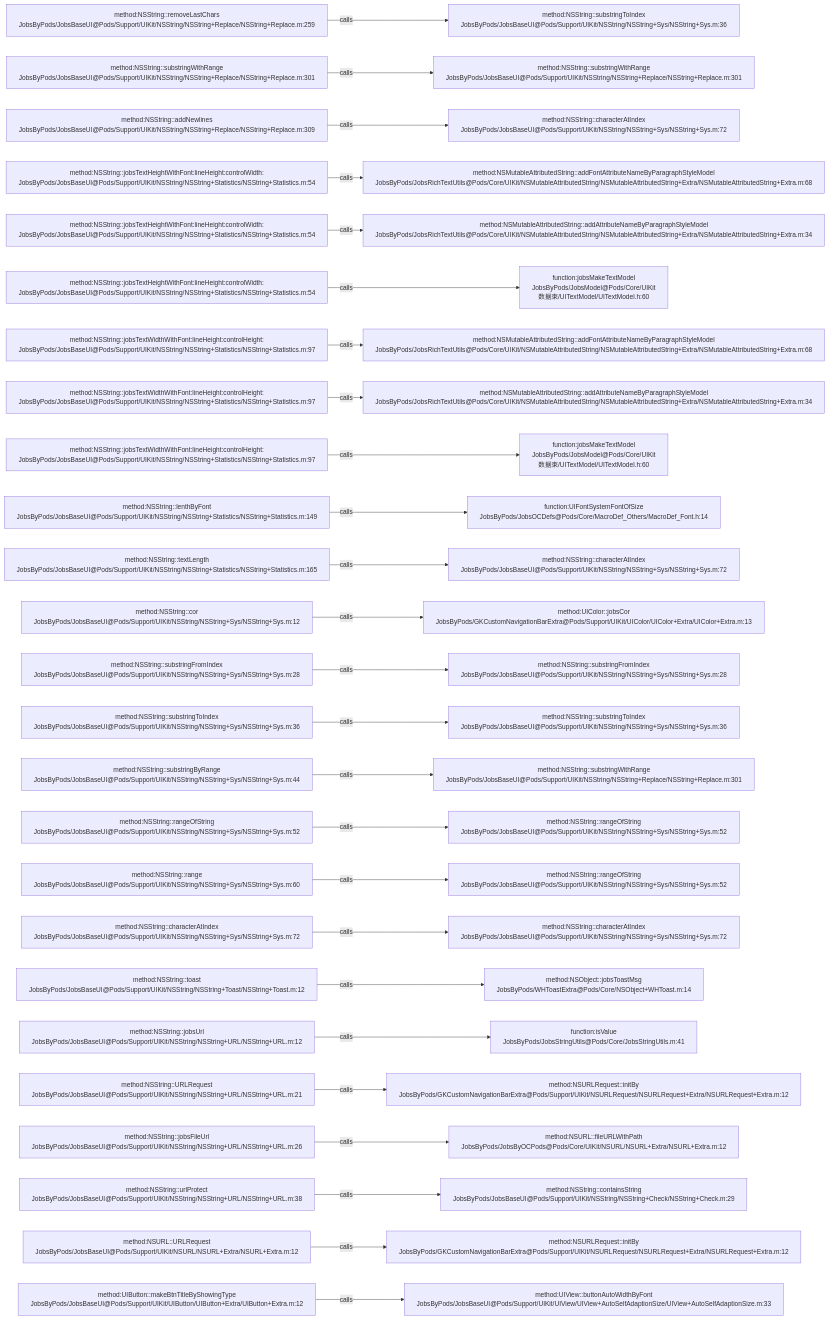
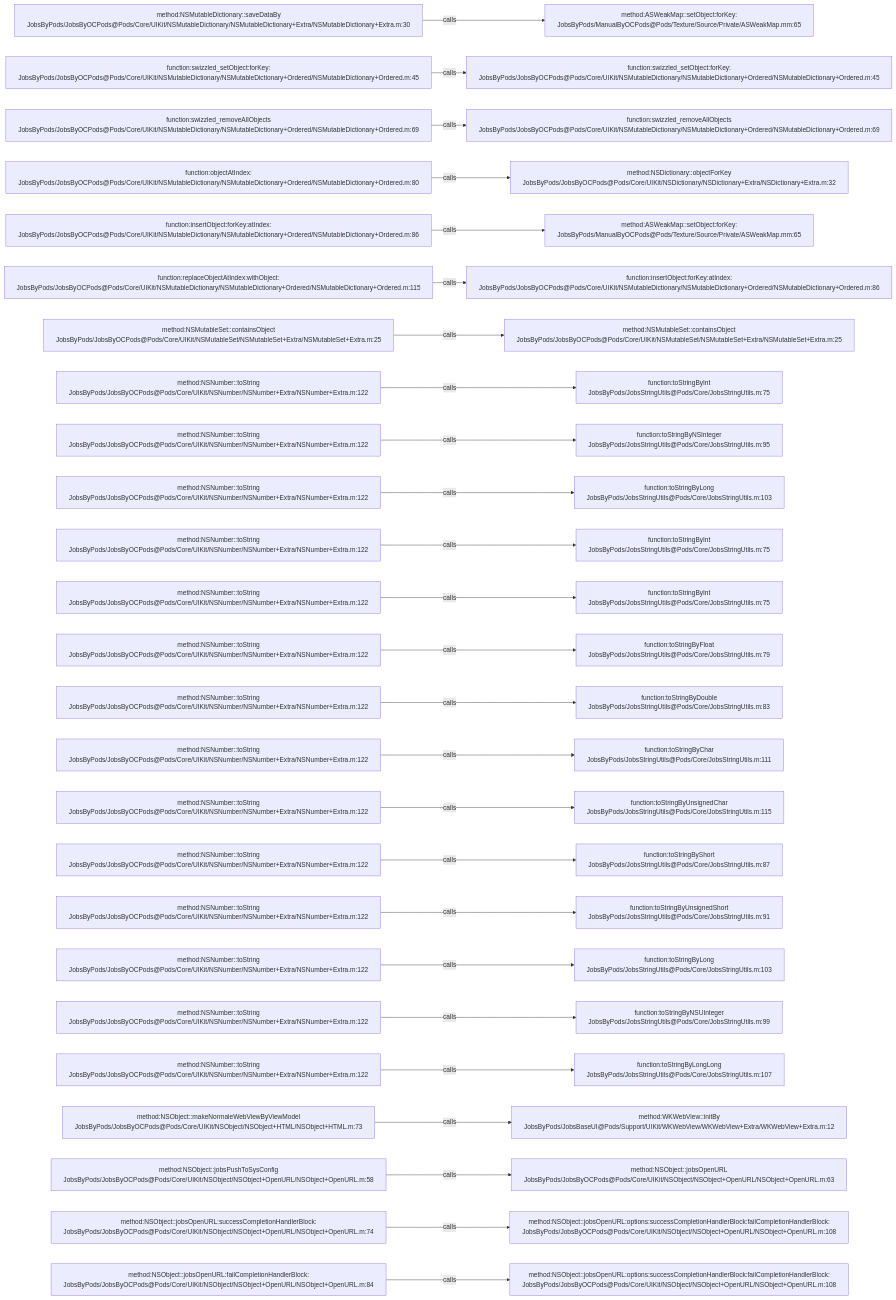
The diagram in .codegraph/codegraph.md/graphs/calls-053.md (JobsKits/JobsOCBaseConfigDemo), drawn with Mermaid before and after one commit. The commit also changed 1026 other files, not shown here.

````diff
--- a/.codegraph/codegraph.md/graphs/calls-053.md
+++ b/.codegraph/codegraph.md/graphs/calls-053.md
@@ -13,78 +13,78 @@
 ```mermaid
 flowchart LR
-  S1["method:NSString::removeLastChars<br/>JobsByPods/JobsBaseUI@Pods/Support/UIKit/NSString/NSString+Replace/NSString+Replace.m:259"]
-  T1["method:NSString::substringToIndex<br/>JobsByPods/JobsBaseUI@Pods/Support/UIKit/NSString/NSString+Sys/NSString+Sys.m:36"]
+  S1["method:NSMutableDictionary::saveDataBy<br/>JobsByPods/JobsByOCPods@Pods/Core/UIKit/NSMutableDictionary/NSMutableDictionary+Extra/NSMutableDictionary+Extra.m:30"]
+  T1["method:ASWeakMap::setObject:forKey:<br/>JobsByPods/ManualByOCPods@Pods/Texture/Source/Private/ASWeakMap.mm:65"]
   S1 -->|calls| T1
-  S2["method:NSString::substringWithRange<br/>JobsByPods/JobsBaseUI@Pods/Support/UIKit/NSString/NSString+Replace/NSString+Replace.m:301"]
-  T2["method:NSString::substringWithRange<br/>JobsByPods/JobsBaseUI@Pods/Support/UIKit/NSString/NSString+Replace/NSString+Replace.m:301"]
+  S2["function:swizzled_setObject:forKey:<br/>JobsByPods/JobsByOCPods@Pods/Core/UIKit/NSMutableDictionary/NSMutableDictionary+Ordered/NSMutableDictionary+Ordered.m:45"]
+  T2["function:swizzled_setObject:forKey:<br/>JobsByPods/JobsByOCPods@Pods/Core/UIKit/NSMutableDictionary/NSMutableDictionary+Ordered/NSMutableDictionary+Ordered.m:45"]
   S2 -->|calls| T2
-  S3["method:NSString::addNewlines<br/>JobsByPods/JobsBaseUI@Pods/Support/UIKit/NSString/NSString+Replace/NSString+Replace.m:309"]
-  T3["method:NSString::characterAtIndex<br/>JobsByPods/JobsBaseUI@Pods/Support/UIKit/NSString/NSString+Sys/NSString+Sys.m:72"]
+  S3["function:swizzled_removeAllObjects<br/>JobsByPods/JobsByOCPods@Pods/Core/UIKit/NSMutableDictionary/NSMutableDictionary+Ordered/NSMutableDictionary+Ordered.m:69"]
+  T3["function:swizzled_removeAllObjects<br/>JobsByPods/JobsByOCPods@Pods/Core/UIKit/NSMutableDictionary/NSMutableDictionary+Ordered/NSMutableDictionary+Ordered.m:69"]
   S3 -->|calls| T3
-  S4["method:NSString::jobsTextHeightWithFont:lineHeight:controlWidth:<br/>JobsByPods/JobsBaseUI@Pods/Support/UIKit/NSString/NSString+Statistics/NSString+Statistics.m:54"]
-  T4["method:NSMutableAttributedString::addFontAttributeNameByParagraphStyleModel<br/>JobsByPods/JobsRichTextUtils@Pods/Core/UIKit/NSMutableAttributedString/NSMutableAttributedString+Extra/NSMutableAttributedString+Extra.m:68"]
+  S4["function:objectAtIndex:<br/>JobsByPods/JobsByOCPods@Pods/Core/UIKit/NSMutableDictionary/NSMutableDictionary+Ordered/NSMutableDictionary+Ordered.m:80"]
+  T4["method:NSDictionary::objectForKey<br/>JobsByPods/JobsByOCPods@Pods/Core/UIKit/NSDictionary/NSDictionary+Extra/NSDictionary+Extra.m:32"]
   S4 -->|calls| T4
-  S5["method:NSString::jobsTextHeightWithFont:lineHeight:controlWidth:<br/>JobsByPods/JobsBaseUI@Pods/Support/UIKit/NSString/NSString+Statistics/NSString+Statistics.m:54"]
-  T5["method:NSMutableAttributedString::addAttributeNameByParagraphStyleModel<br/>JobsByPods/JobsRichTextUtils@Pods/Core/UIKit/NSMutableAttributedString/NSMutableAttributedString+Extra/NSMutableAttributedString+Extra.m:34"]
+  S5["function:insertObject:forKey:atIndex:<br/>JobsByPods/JobsByOCPods@Pods/Core/UIKit/NSMutableDictionary/NSMutableDictionary+Ordered/NSMutableDictionary+Ordered.m:86"]
+  T5["method:ASWeakMap::setObject:forKey:<br/>JobsByPods/ManualByOCPods@Pods/Texture/Source/Private/ASWeakMap.mm:65"]
   S5 -->|calls| T5
-  S6["method:NSString::jobsTextHeightWithFont:lineHeight:controlWidth:<br/>JobsByPods/JobsBaseUI@Pods/Support/UIKit/NSString/NSString+Statistics/NSString+Statistics.m:54"]
-  T6["function:jobsMakeTextModel<br/>JobsByPods/JobsModel@Pods/Core/UIKit数据束/UITextModel/UITextModel.h:60"]
+  S6["function:replaceObjectAtIndex:withObject:<br/>JobsByPods/JobsByOCPods@Pods/Core/UIKit/NSMutableDictionary/NSMutableDictionary+Ordered/NSMutableDictionary+Ordered.m:115"]
+  T6["function:insertObject:forKey:atIndex:<br/>JobsByPods/JobsByOCPods@Pods/Core/UIKit/NSMutableDictionary/NSMutableDictionary+Ordered/NSMutableDictionary+Ordered.m:86"]
   S6 -->|calls| T6
-  S7["method:NSString::jobsTextWidthWithFont:lineHeight:controlHeight:<br/>JobsByPods/JobsBaseUI@Pods/Support/UIKit/NSString/NSString+Statistics/NSString+Statistics.m:97"]
-  T7["method:NSMutableAttributedString::addFontAttributeNameByParagraphStyleModel<br/>JobsByPods/JobsRichTextUtils@Pods/Core/UIKit/NSMutableAttributedString/NSMutableAttributedString+Extra/NSMutableAttributedString+Extra.m:68"]
+  S7["method:NSMutableSet::containsObject<br/>JobsByPods/JobsByOCPods@Pods/Core/UIKit/NSMutableSet/NSMutableSet+Extra/NSMutableSet+Extra.m:25"]
+  T7["method:NSMutableSet::containsObject<br/>JobsByPods/JobsByOCPods@Pods/Core/UIKit/NSMutableSet/NSMutableSet+Extra/NSMutableSet+Extra.m:25"]
   S7 -->|calls| T7
-  S8["method:NSString::jobsTextWidthWithFont:lineHeight:controlHeight:<br/>JobsByPods/JobsBaseUI@Pods/Support/UIKit/NSString/NSString+Statistics/NSString+Statistics.m:97"]
-  T8["method:NSMutableAttributedString::addAttributeNameByParagraphStyleModel<br/>JobsByPods/JobsRichTextUtils@Pods/Core/UIKit/NSMutableAttributedString/NSMutableAttributedString+Extra/NSMutableAttributedString+Extra.m:34"]
+  S8["method:NSNumber::toString<br/>JobsByPods/JobsByOCPods@Pods/Core/UIKit/NSNumber/NSNumber+Extra/NSNumber+Extra.m:122"]
+  T8["function:toStringByInt<br/>JobsByPods/JobsStringUtils@Pods/Core/JobsStringUtils.m:75"]
   S8 -->|calls| T8
-  S9["method:NSString::jobsTextWidthWithFont:lineHeight:controlHeight:<br/>JobsByPods/JobsBaseUI@Pods/Support/UIKit/NSString/NSString+Statistics/NSString+Statistics.m:97"]
-  T9["function:jobsMakeTextModel<br/>JobsByPods/JobsModel@Pods/Core/UIKit数据束/UITextModel/UITextModel.h:60"]
+  S9["method:NSNumber::toString<br/>JobsByPods/JobsByOCPods@Pods/Core/UIKit/NSNumber/NSNumber+Extra/NSNumber+Extra.m:122"]
+  T9["function:toStringByNSInteger<br/>JobsByPods/JobsStringUtils@Pods/Core/JobsStringUtils.m:95"]
   S9 -->|calls| T9
-  S10["method:NSString::lenthByFont<br/>JobsByPods/JobsBaseUI@Pods/Support/UIKit/NSString/NSString+Statistics/NSString+Statistics.m:149"]
-  T10["function:UIFontSystemFontOfSize<br/>JobsByPods/JobsOCDefs@Pods/Core/MacroDef_Others/MacroDef_Font.h:14"]
+  S10["method:NSNumber::toString<br/>JobsByPods/JobsByOCPods@Pods/Core/UIKit/NSNumber/NSNumber+Extra/NSNumber+Extra.m:122"]
+  T10["function:toStringByLong<br/>JobsByPods/JobsStringUtils@Pods/Core/JobsStringUtils.m:103"]
   S10 -->|calls| T10
-  S11["method:NSString::textLength<br/>JobsByPods/JobsBaseUI@Pods/Support/UIKit/NSString/NSString+Statistics/NSString+Statistics.m:165"]
-  T11["method:NSString::characterAtIndex<br/>JobsByPods/JobsBaseUI@Pods/Support/UIKit/NSString/NSString+Sys/NSString+Sys.m:72"]
+  S11["method:NSNumber::toString<br/>JobsByPods/JobsByOCPods@Pods/Core/UIKit/NSNumber/NSNumber+Extra/NSNumber+Extra.m:122"]
+  T11["function:toStringByInt<br/>JobsByPods/JobsStringUtils@Pods/Core/JobsStringUtils.m:75"]
   S11 -->|calls| T11
-  S12["method:NSString::cor<br/>JobsByPods/JobsBaseUI@Pods/Support/UIKit/NSString/NSString+Sys/NSString+Sys.m:12"]
-  T12["method:UIColor::jobsCor<br/>JobsByPods/GKCustomNavigationBarExtra@Pods/Support/UIKit/UIColor/UIColor+Extra/UIColor+Extra.m:13"]
+  S12["method:NSNumber::toString<br/>JobsByPods/JobsByOCPods@Pods/Core/UIKit/NSNumber/NSNumber+Extra/NSNumber+Extra.m:122"]
+  T12["function:toStringByInt<br/>JobsByPods/JobsStringUtils@Pods/Core/JobsStringUtils.m:75"]
   S12 -->|calls| T12
-  S13["method:NSString::substringFromIndex<br/>JobsByPods/JobsBaseUI@Pods/Support/UIKit/NSString/NSString+Sys/NSString+Sys.m:28"]
-  T13["method:NSString::substringFromIndex<br/>JobsByPods/JobsBaseUI@Pods/Support/UIKit/NSString/NSString+Sys/NSString+Sys.m:28"]
+  S13["method:NSNumber::toString<br/>JobsByPods/JobsByOCPods@Pods/Core/UIKit/NSNumber/NSNumber+Extra/NSNumber+Extra.m:122"]
+  T13["function:toStringByFloat<br/>JobsByPods/JobsStringUtils@Pods/Core/JobsStringUtils.m:79"]
   S13 -->|calls| T13
-  S14["method:NSString::substringToIndex<br/>JobsByPods/JobsBaseUI@Pods/Support/UIKit/NSString/NSString+Sys/NSString+Sys.m:36"]
-  T14["method:NSString::substringToIndex<br/>JobsByPods/JobsBaseUI@Pods/Support/UIKit/NSString/NSString+Sys/NSString+Sys.m:36"]
+  S14["method:NSNumber::toString<br/>JobsByPods/JobsByOCPods@Pods/Core/UIKit/NSNumber/NSNumber+Extra/NSNumber+Extra.m:122"]
+  T14["function:toStringByDouble<br/>JobsByPods/JobsStringUtils@Pods/Core/JobsStringUtils.m:83"]
   S14 -->|calls| T14
-  S15["method:NSString::substringByRange<br/>JobsByPods/JobsBaseUI@Pods/Support/UIKit/NSString/NSString+Sys/NSString+Sys.m:44"]
-  T15["method:NSString::substringWithRange<br/>JobsByPods/JobsBaseUI@Pods/Support/UIKit/NSString/NSString+Replace/NSString+Replace.m:301"]
+  S15["method:NSNumber::toString<br/>JobsByPods/JobsByOCPods@Pods/Core/UIKit/NSNumber/NSNumber+Extra/NSNumber+Extra.m:122"]
+  T15["function:toStringByChar<br/>JobsByPods/JobsStringUtils@Pods/Core/JobsStringUtils.m:111"]
   S15 -->|calls| T15
-  S16["method:NSString::rangeOfString<br/>JobsByPods/JobsBaseUI@Pods/Support/UIKit/NSString/NSString+Sys/NSString+Sys.m:52"]
-  T16["method:NSString::rangeOfString<br/>JobsByPods/JobsBaseUI@Pods/Support/UIKit/NSString/NSString+Sys/NSString+Sys.m:52"]
+  S16["method:NSNumber::toString<br/>JobsByPods/JobsByOCPods@Pods/Core/UIKit/NSNumber/NSNumber+Extra/NSNumber+Extra.m:122"]
+  T16["function:toStringByUnsignedChar<br/>JobsByPods/JobsStringUtils@Pods/Core/JobsStringUtils.m:115"]
   S16 -->|calls| T16
-  S17["method:NSString::range<br/>JobsByPods/JobsBaseUI@Pods/Support/UIKit/NSString/NSString+Sys/NSString+Sys.m:60"]
-  T17["method:NSString::rangeOfString<br/>JobsByPods/JobsBaseUI@Pods/Support/UIKit/NSString/NSString+Sys/NSString+Sys.m:52"]
+  S17["method:NSNumber::toString<br/>JobsByPods/JobsByOCPods@Pods/Core/UIKit/NSNumber/NSNumber+Extra/NSNumber+Extra.m:122"]
+  T17["function:toStringByShort<br/>JobsByPods/JobsStringUtils@Pods/Core/JobsStringUtils.m:87"]
   S17 -->|calls| T17
-  S18["method:NSString::characterAtIndex<br/>JobsByPods/JobsBaseUI@Pods/Support/UIKit/NSString/NSString+Sys/NSString+Sys.m:72"]
-  T18["method:NSString::characterAtIndex<br/>JobsByPods/JobsBaseUI@Pods/Support/UIKit/NSString/NSString+Sys/NSString+Sys.m:72"]
+  S18["method:NSNumber::toString<br/>JobsByPods/JobsByOCPods@Pods/Core/UIKit/NSNumber/NSNumber+Extra/NSNumber+Extra.m:122"]
+  T18["function:toStringByUnsignedShort<br/>JobsByPods/JobsStringUtils@Pods/Core/JobsStringUtils.m:91"]
   S18 -->|calls| T18
-  S19["method:NSString::toast<br/>JobsByPods/JobsBaseUI@Pods/Support/UIKit/NSString/NSString+Toast/NSString+Toast.m:12"]
-  T19["method:NSObject::jobsToastMsg<br/>JobsByPods/WHToastExtra@Pods/Core/NSObject+WHToast.m:14"]
+  S19["method:NSNumber::toString<br/>JobsByPods/JobsByOCPods@Pods/Core/UIKit/NSNumber/NSNumber+Extra/NSNumber+Extra.m:122"]
+  T19["function:toStringByLong<br/>JobsByPods/JobsStringUtils@Pods/Core/JobsStringUtils.m:103"]
   S19 -->|calls| T19
-  S20["method:NSString::jobsUrl<br/>JobsByPods/JobsBaseUI@Pods/Support/UIKit/NSString/NSString+URL/NSString+URL.m:12"]
-  T20["function:isValue<br/>JobsByPods/JobsStringUtils@Pods/Core/JobsStringUtils.m:41"]
+  S20["method:NSNumber::toString<br/>JobsByPods/JobsByOCPods@Pods/Core/UIKit/NSNumber/NSNumber+Extra/NSNumber+Extra.m:122"]
+  T20["function:toStringByNSUInteger<br/>JobsByPods/JobsStringUtils@Pods/Core/JobsStringUtils.m:99"]
   S20 -->|calls| T20
-  S21["method:NSString::URLRequest<br/>JobsByPods/JobsBaseUI@Pods/Support/UIKit/NSString/NSString+URL/NSString+URL.m:21"]
-  T21["method:NSURLRequest::initBy<br/>JobsByPods/GKCustomNavigationBarExtra@Pods/Support/UIKit/NSURLRequest/NSURLRequest+Extra/NSURLRequest+Extra.m:12"]
+  S21["method:NSNumber::toString<br/>JobsByPods/JobsByOCPods@Pods/Core/UIKit/NSNumber/NSNumber+Extra/NSNumber+Extra.m:122"]
+  T21["function:toStringByLongLong<br/>JobsByPods/JobsStringUtils@Pods/Core/JobsStringUtils.m:107"]
   S21 -->|calls| T21
-  S22["method:NSString::jobsFileUrl<br/>JobsByPods/JobsBaseUI@Pods/Support/UIKit/NSString/NSString+URL/NSString+URL.m:26"]
-  T22["method:NSURL::fileURLWithPath<br/>JobsByPods/JobsByOCPods@Pods/Core/UIKit/NSURL/NSURL+Extra/NSURL+Extra.m:12"]
+  S22["method:NSObject::makeNormaleWebViewByViewModel<br/>JobsByPods/JobsByOCPods@Pods/Core/UIKit/NSObject/NSObject+HTML/NSObject+HTML.m:73"]
+  T22["method:WKWebView::initBy<br/>JobsByPods/JobsBaseUI@Pods/Support/UIKit/WKWebView/WKWebView+Extra/WKWebView+Extra.m:12"]
   S22 -->|calls| T22
-  S23["method:NSString::urlProtect<br/>JobsByPods/JobsBaseUI@Pods/Support/UIKit/NSString/NSString+URL/NSString+URL.m:38"]
-  T23["method:NSString::containsString<br/>JobsByPods/JobsBaseUI@Pods/Support/UIKit/NSString/NSString+Check/NSString+Check.m:29"]
+  S23["method:NSObject::jobsPushToSysConfig<br/>JobsByPods/JobsByOCPods@Pods/Core/UIKit/NSObject/NSObject+OpenURL/NSObject+OpenURL.m:58"]
+  T23["method:NSObject::jobsOpenURL<br/>JobsByPods/JobsByOCPods@Pods/Core/UIKit/NSObject/NSObject+OpenURL/NSObject+OpenURL.m:63"]
   S23 -->|calls| T23
-  S24["method:NSURL::URLRequest<br/>JobsByPods/JobsBaseUI@Pods/Support/UIKit/NSURL/NSURL+Extra/NSURL+Extra.m:12"]
-  T24["method:NSURLRequest::initBy<br/>JobsByPods/GKCustomNavigationBarExtra@Pods/Support/UIKit/NSURLRequest/NSURLRequest+Extra/NSURLRequest+Extra.m:12"]
+  S24["method:NSObject::jobsOpenURL:successCompletionHandlerBlock:<br/>JobsByPods/JobsByOCPods@Pods/Core/UIKit/NSObject/NSObject+OpenURL/NSObject+OpenURL.m:74"]
+  T24["method:NSObject::jobsOpenURL:options:successCompletionHandlerBlock:failCompletionHandlerBlock:<br/>JobsByPods/JobsByOCPods@Pods/Core/UIKit/NSObject/NSObject+OpenURL/NSObject+OpenURL.m:108"]
   S24 -->|calls| T24
-  S25["method:UIButton::makeBtnTitleByShowingType<br/>JobsByPods/JobsBaseUI@Pods/Support/UIKit/UIButton/UIButton+Extra/UIButton+Extra.m:12"]
-  T25["method:UIView::buttonAutoWidthByFont<br/>JobsByPods/JobsBaseUI@Pods/Support/UIKit/UIView/UIView+AutoSelfAdaptionSize/UIView+AutoSelfAdaptionSize.m:33"]
+  S25["method:NSObject::jobsOpenURL:failCompletionHandlerBlock:<br/>JobsByPods/JobsByOCPods@Pods/Core/UIKit/NSObject/NSObject+OpenURL/NSObject+OpenURL.m:84"]
+  T25["method:NSObject::jobsOpenURL:options:successCompletionHandlerBlock:failCompletionHandlerBlock:<br/>JobsByPods/JobsByOCPods@Pods/Core/UIKit/NSObject/NSObject+OpenURL/NSObject+OpenURL.m:108"]
   S25 -->|calls| T25
 ```
````
